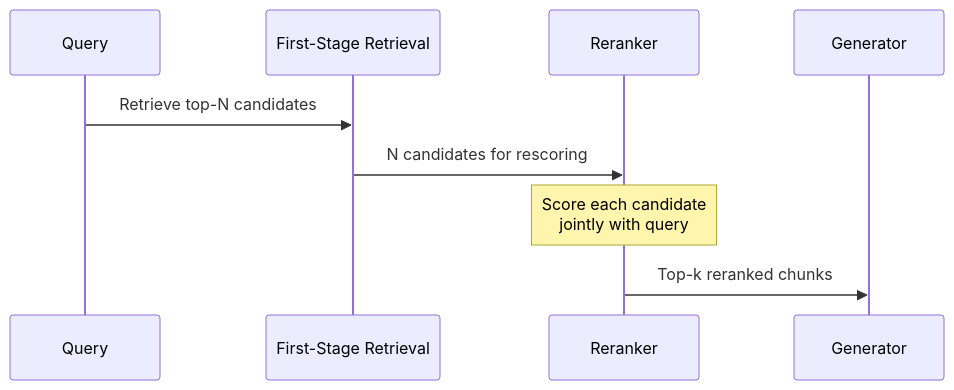
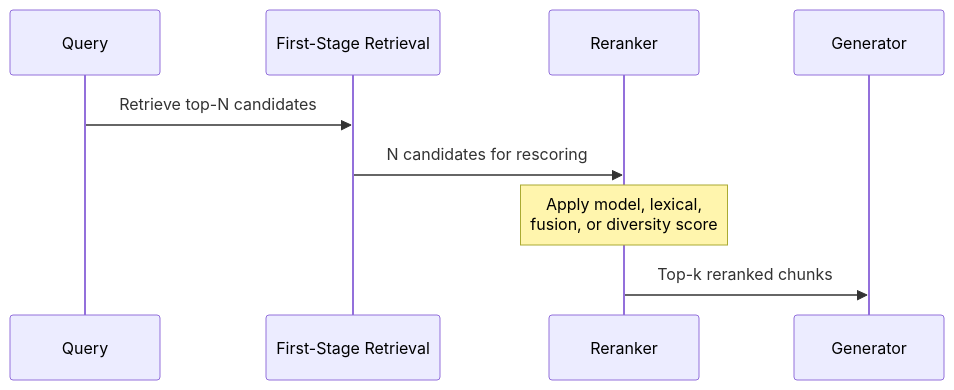
One commit to grafanaKibana/devbook.zip changed the first of 2 diagrams in Vault/Home/AI & ML/LLM/Context Engineering/RAG/Re-ranking.md. Above: the diagram before and after it, drawn with Mermaid. The commit also changed other lines of this file and 73 other files, not shown here.

````diff
--- a/Vault/Home/AI & ML/LLM/Context Engineering/RAG/Re-ranking.md
+++ b/Vault/Home/AI & ML/LLM/Context Engineering/RAG/Re-ranking.md
@@ -18,11 +20,11 @@
 ```mermaid
 sequenceDiagram
     participant Q as Query
     participant R as First-Stage Retrieval
     participant RR as Reranker
     participant G as Generator
     Q->>R: Retrieve top-N candidates
     R->>RR: N candidates for rescoring
-    Note over RR: Score each candidate<br>jointly with query
+    Note over RR: Apply model, lexical,<br>fusion, or diversity score
     RR->>G: Top-k reranked chunks
 ```
````
